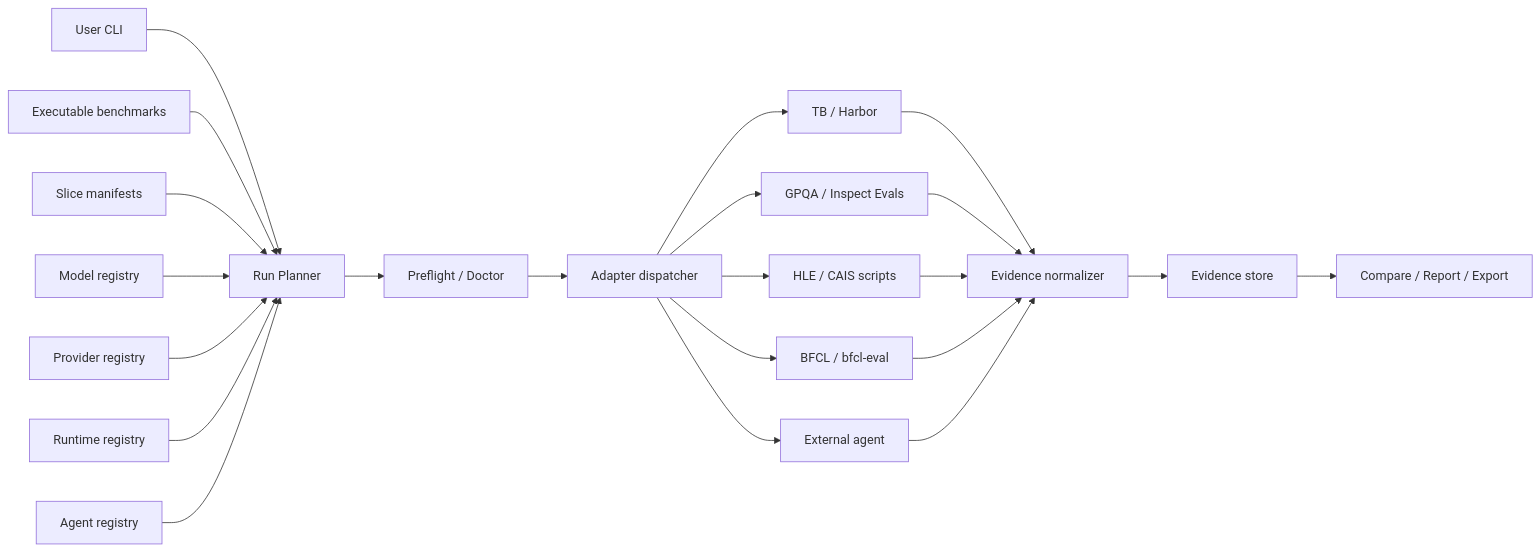
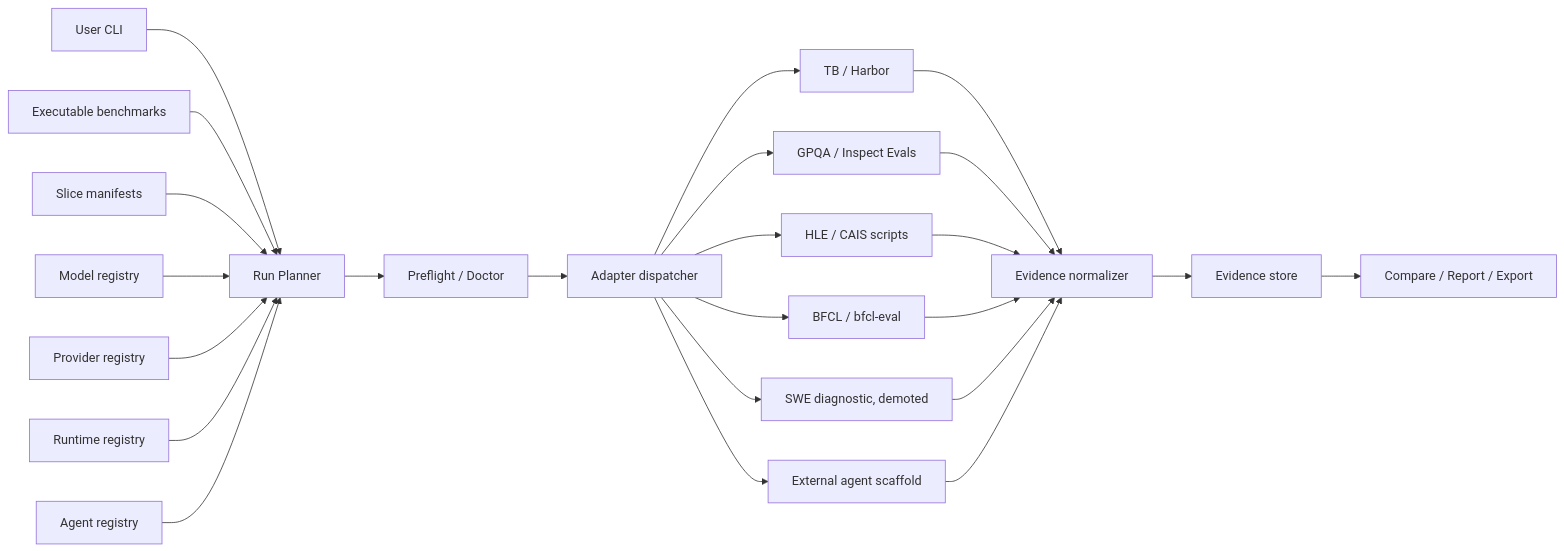
One commit to Lyther/BenchEval changed the diagram in docs/architecture.md. Above: the diagram before and after it, drawn with Mermaid. The commit also changed other lines of this file and 64 other files, not shown here.

First line of the commit message:
feat(eval): bind producer and SWE diagnostic

````diff
--- a/docs/architecture.md
+++ b/docs/architecture.md
@@ -49,27 +59,29 @@
 ```mermaid
 flowchart LR
     U[User CLI] --> BP[Run Planner]
     BR[Executable benchmarks] --> BP
     SM[Slice manifests] --> BP
     MR[Model registry] --> BP
     PR[Provider registry] --> BP
     RR[Runtime registry] --> BP
     AG[Agent registry] --> BP
 
     BP --> PF[Preflight / Doctor]
     PF --> AD[Adapter dispatcher]
 
     AD --> A1[TB / Harbor]
     AD --> A2[GPQA / Inspect Evals]
     AD --> A3[HLE / CAIS scripts]
     AD --> A4[BFCL / bfcl-eval]
-    AD --> A5[External agent]
+    AD --> A5[SWE diagnostic, demoted]
+    AD --> A6[External agent scaffold]
 
     A1 --> EN[Evidence normalizer]
     A2 --> EN
     A3 --> EN
     A4 --> EN
     A5 --> EN
+    A6 --> EN
     EN --> ES[Evidence store]
     ES --> CP[Compare / Report / Export]
 ```
````
